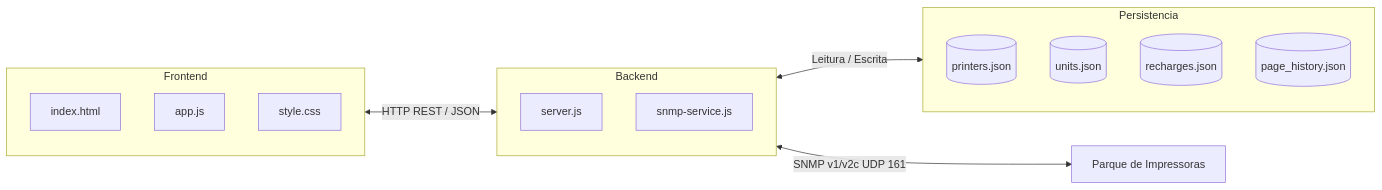
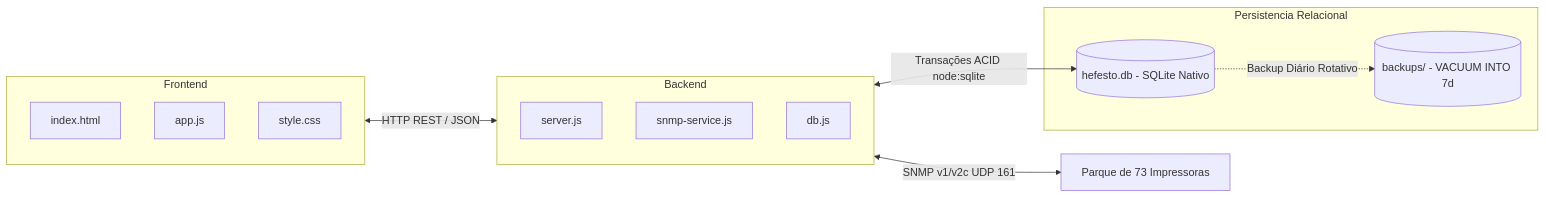
One commit to SaruAkaza/Hefesto-Print-Monitor changed the diagram in Arquitetura e Endpoints da API.md. Above: the diagram before and after it, drawn with Mermaid. The commit also changed other lines of this file and 7 other files, not shown here.

Commit message:
docs(obsidian): documenta migracao para SQLite nativo, motor de assertividade maxima e novos endpoints

````diff
--- a/Arquitetura e Endpoints da API.md
+++ b/Arquitetura e Endpoints da API.md
@@ -12,21 +12,21 @@
 ```mermaid
 graph LR
     subgraph Frontend
         A[index.html]
         B[app.js]
         C[style.css]
     end
     subgraph Backend
         D[server.js]
         E[snmp-service.js]
+        F[db.js]
     end
-    subgraph Persistencia
-        F[(printers.json)]
-        G[(units.json)]
-        H[(recharges.json)]
-        I[(page_history.json)]
+    subgraph Persistencia Relacional
+        G[(hefesto.db - SQLite Nativo)]
+        H[(backups/ - VACUUM INTO 7d)]
     end
     Frontend <-->|HTTP REST / JSON| Backend
-    Backend <-->|Leitura / Escrita| Persistencia
-    Backend <-->|SNMP v1/v2c UDP 161| Impressoras[Parque de Impressoras]
+    Backend <-->|Transações ACID node:sqlite| G
+    G -.->|Backup Diário Rotativo| H
+    Backend <-->|SNMP v1/v2c UDP 161| Impressoras[Parque de 73 Impressoras]
 ```
````
